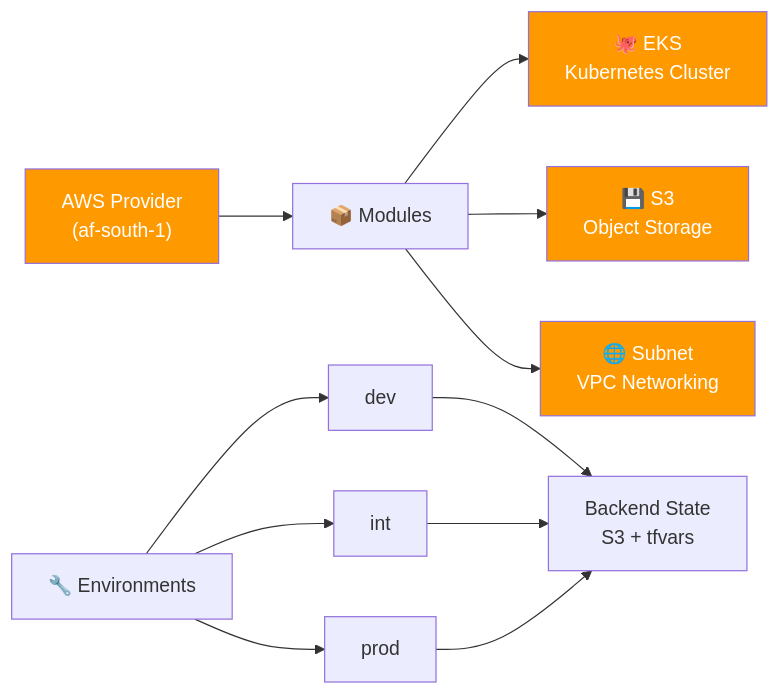
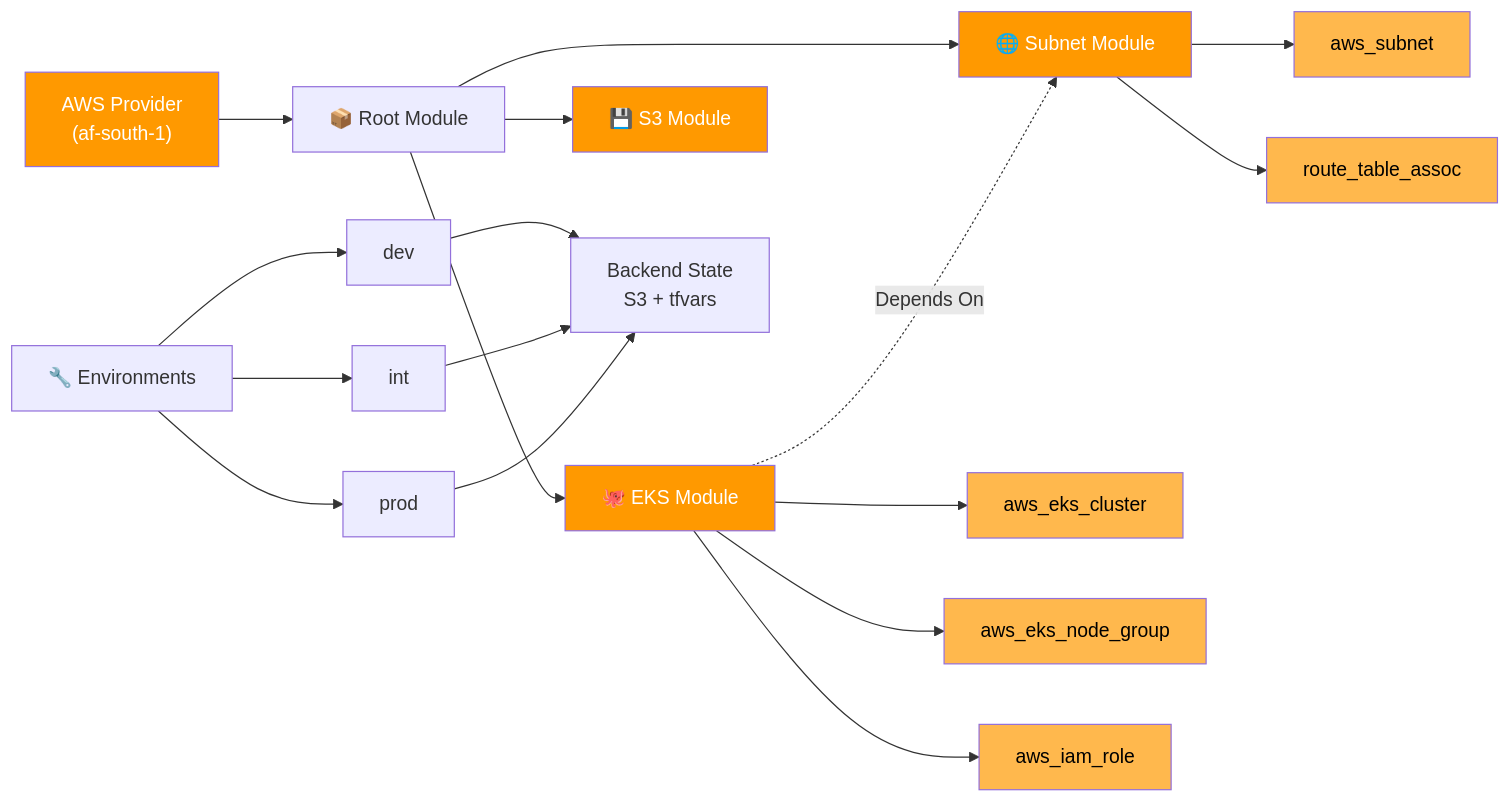
One commit to Kayla-LeeJ/capitec-terraform-project changed the diagram in README.md. Above: the diagram before and after it, drawn with Mermaid. The commit also changed other lines of this file and 9 other files, not shown here.

Commit message:
Enhance Terraform workflows with environment and action inputs, streamline EKS and subnet module integration, and improve README documentation

````diff
--- a/README.md
+++ b/README.md
@@ -20,20 +20,35 @@
 ```mermaid
 graph LR
-    A["AWS Provider<br/>(af-south-1)"] --> B["📦 Modules"]
-    B --> B1["🐙 EKS<br/>Kubernetes Cluster"]
-    B --> B2["💾 S3<br/>Object Storage"]
-    B --> B3["🌐 Subnet<br/>VPC Networking"]
+    A["AWS Provider<br/>(af-south-1)"] --> B["📦 Root Module"]
+    
+    B --> SN["🌐 Subnet Module"]
+    B --> EKS["🐙 EKS Module"]
+    B --> S3["💾 S3 Module"]
+    
+    SN --> SN1["aws_subnet"]
+    SN --> SN2["route_table_assoc"]
+    
+    EKS --> EKS1["aws_eks_cluster"]
+    EKS --> EKS2["aws_eks_node_group"]
+    EKS --> EKS3["aws_iam_role"]
+    
+    EKS -.Depends On.-> SN
     
     C["🔧 Environments"] --> D["dev"]
     C --> E["int"]
     C --> F["prod"]
     
     D --> G["Backend State<br/>S3 + tfvars"]
     E --> G
     F --> G
     
     style A fill:#FF9900,color:#fff
-    style B1 fill:#FF9900,color:#fff
-    style B2 fill:#FF9900,color:#fff
-    style B3 fill:#FF9900,color:#fff
+    style EKS fill:#FF9900,color:#fff
+    style SN fill:#FF9900,color:#fff
+    style S3 fill:#FF9900,color:#fff
+    style EKS1 fill:#FFB84D,color:#000
+    style EKS2 fill:#FFB84D,color:#000
+    style EKS3 fill:#FFB84D,color:#000
+    style SN1 fill:#FFB84D,color:#000
+    style SN2 fill:#FFB84D,color:#000
 ```
````
